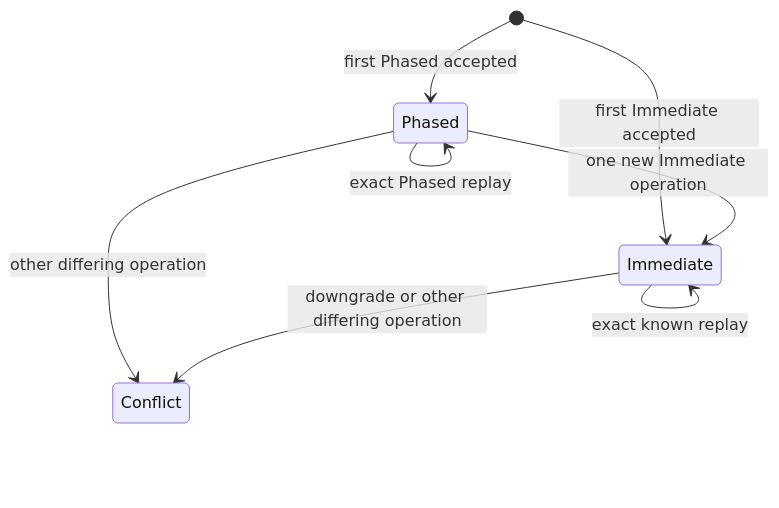
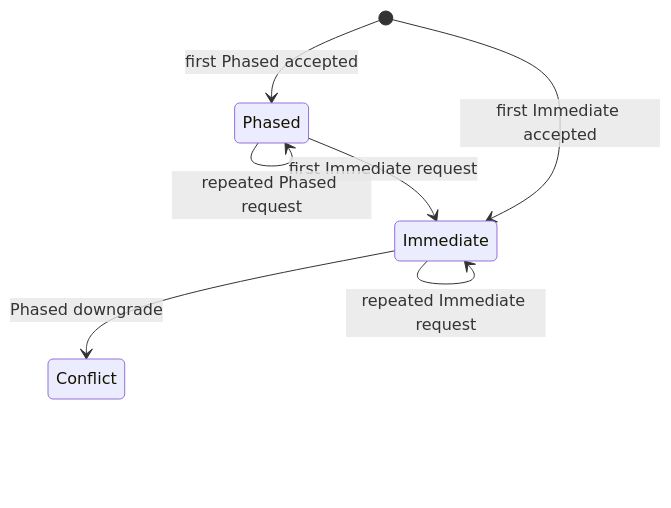
The third of 4 diagrams in tools/ComputeSeparation/byoc-app-version-runtime-drain.md (manikantanallagatla/azure-functions-host), drawn with Mermaid before and after one commit. The commit also changed other lines of this file and 5 other files, not shown here.

````diff
--- a/tools/ComputeSeparation/byoc-app-version-runtime-drain.md
+++ b/tools/ComputeSeparation/byoc-app-version-runtime-drain.md
@@ -170,10 +167,9 @@
 ```mermaid
 stateDiagram-v2
     [*] --> Phased: first Phased accepted
     [*] --> Immediate: first Immediate accepted
-    Phased --> Immediate: one new Immediate operation
-    Phased --> Phased: exact Phased replay
-    Immediate --> Immediate: exact known replay
-    Phased --> Conflict: other differing operation
-    Immediate --> Conflict: downgrade or other differing operation
+    Phased --> Immediate: first Immediate request
+    Phased --> Phased: repeated Phased request
+    Immediate --> Immediate: repeated Immediate request
+    Immediate --> Conflict: Phased downgrade
 ```
````
